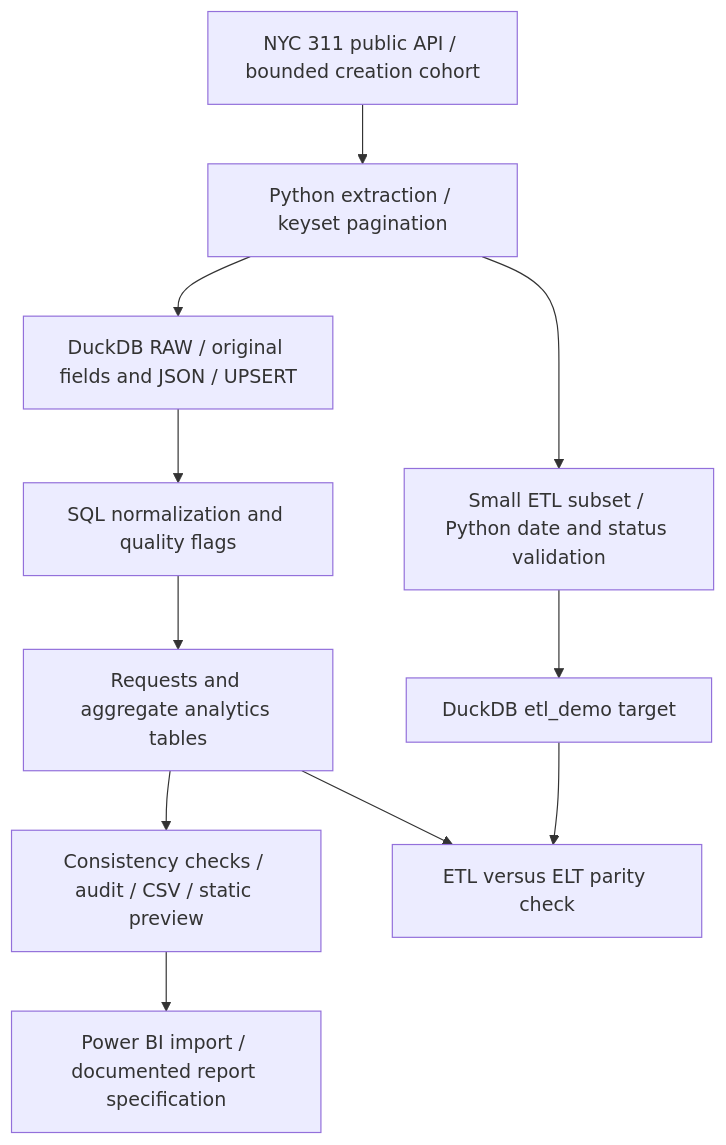
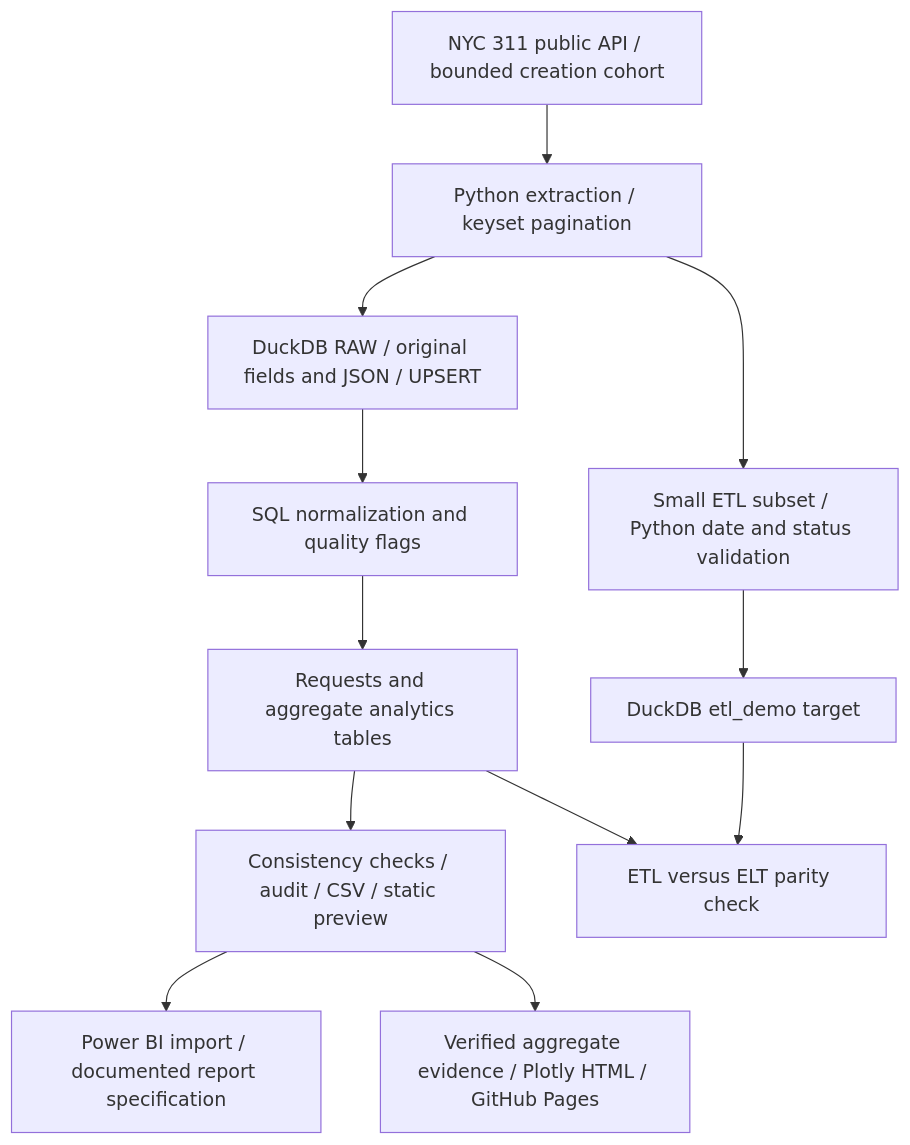
The diagram in README.md (RansiJ/service-operations-analytics-pipeline), drawn with Mermaid before and after one commit. The commit also changed other lines of this file and 8 other files, not shown here.

Commit message:
Preserve existing aggregate dashboard and Pages workflow

````diff
--- a/README.md
+++ b/README.md
@@ -31,13 +35,14 @@
 ```mermaid
 flowchart TD
     A[NYC 311 public API / bounded creation cohort] --> B[Python extraction / keyset pagination]
     B --> C[DuckDB RAW / original fields and JSON / UPSERT]
     C --> D[SQL normalization and quality flags]
     D --> E[Requests and aggregate analytics tables]
     E --> F[Consistency checks / audit / CSV / static preview]
     F --> G[Power BI import / documented report specification]
+    F --> P[Verified aggregate evidence / Plotly HTML / GitHub Pages]
     B --> H[Small ETL subset / Python date and status validation]
     H --> I[DuckDB etl_demo target]
     I --> J[ETL versus ELT parity check]
     E --> J
 ```
````
